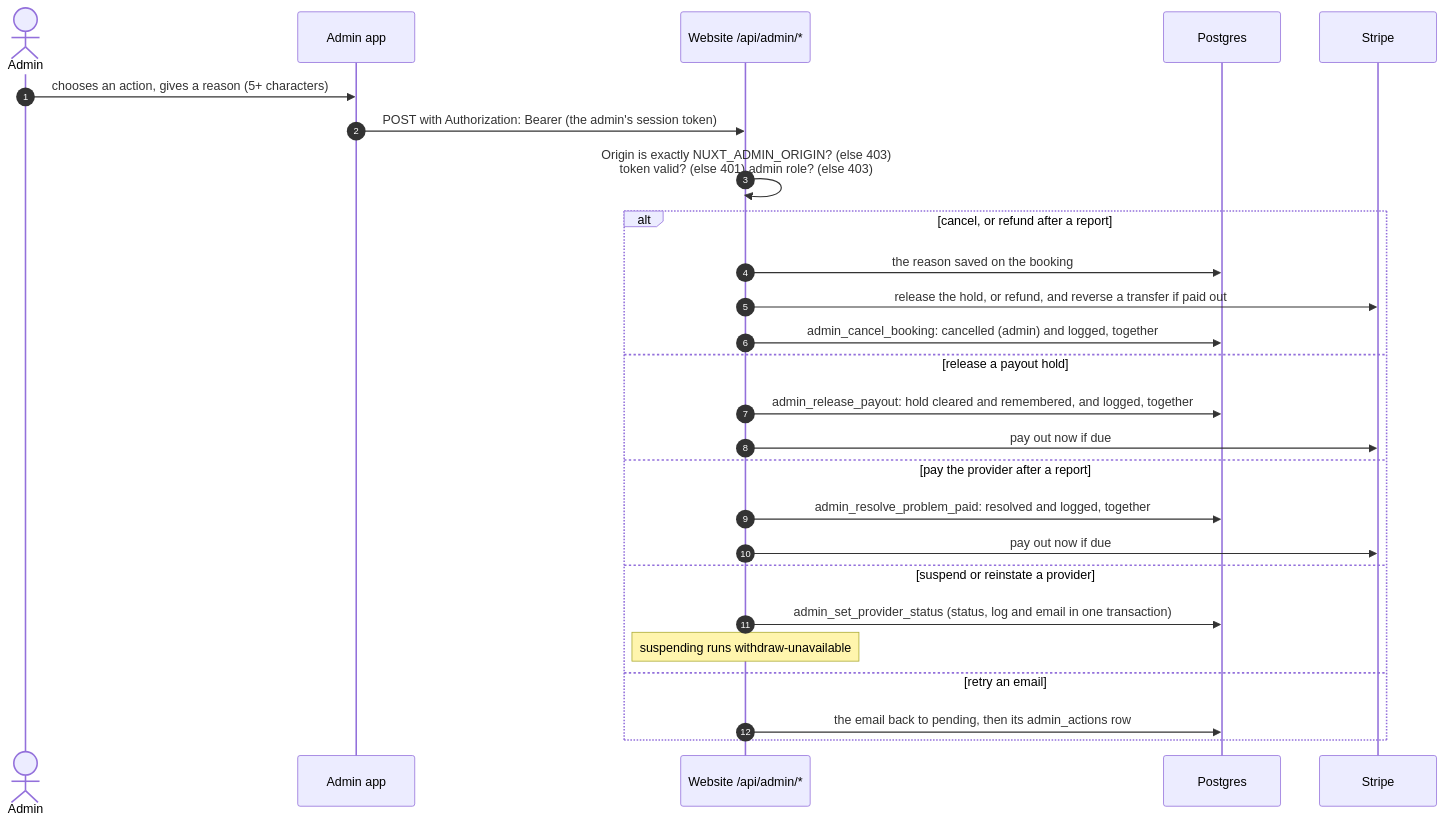
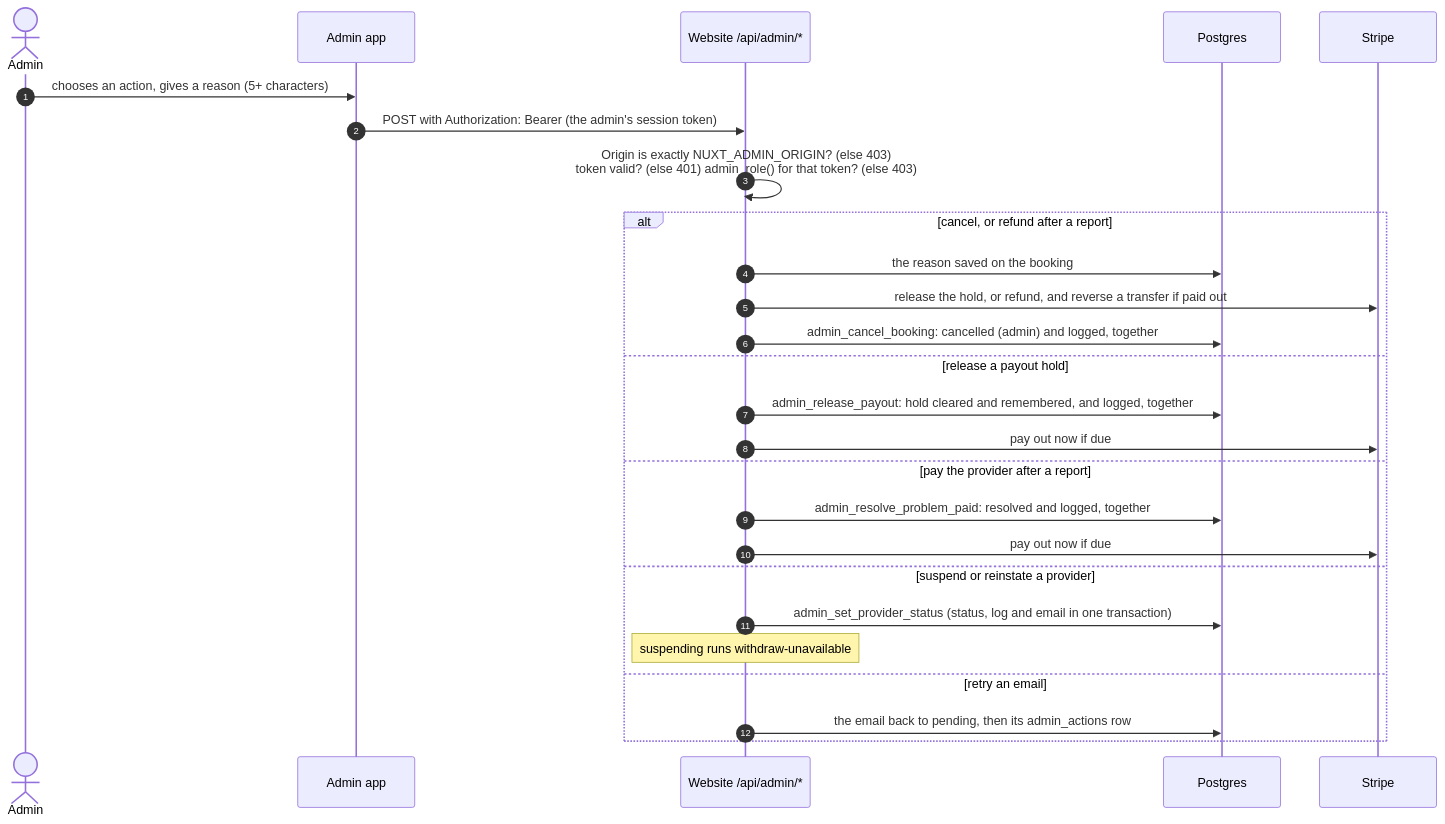
Before and after one commit to danielnedelcu/lokl: the eighth of 10 diagrams in docs/architecture/booking-and-payments.md, drawn with Mermaid. The commit also changed other lines of this file and 61 other files, not shown here.

````diff
--- a/docs/architecture/booking-and-payments.md
+++ b/docs/architecture/booking-and-payments.md
@@ -594,29 +594,29 @@
 ```mermaid
 sequenceDiagram
   autonumber
   actor A as Admin
   participant AA as Admin app
   participant W as Website /api/admin/*
   participant DB as Postgres
   participant S as Stripe
 
   A->>AA: chooses an action, gives a reason (5+ characters)
   AA->>W: POST with Authorization: Bearer (the admin's session token)
-  W->>W: Origin is exactly NUXT_ADMIN_ORIGIN? (else 403)<br/>token valid? (else 401) admin role? (else 403)
+  W->>W: Origin is exactly NUXT_ADMIN_ORIGIN? (else 403)<br/>token valid? (else 401) admin_role() for that token? (else 403)
   alt cancel, or refund after a report
     W->>DB: the reason saved on the booking
     W->>S: release the hold, or refund, and reverse a transfer if paid out
     W->>DB: admin_cancel_booking: cancelled (admin) and logged, together
   else release a payout hold
     W->>DB: admin_release_payout: hold cleared and remembered, and logged, together
     W->>S: pay out now if due
   else pay the provider after a report
     W->>DB: admin_resolve_problem_paid: resolved and logged, together
     W->>S: pay out now if due
   else suspend or reinstate a provider
     W->>DB: admin_set_provider_status (status, log and email in one transaction)
     Note over W: suspending runs withdraw-unavailable
   else retry an email
     W->>DB: the email back to pending, then its admin_actions row
   end
 ```
````
